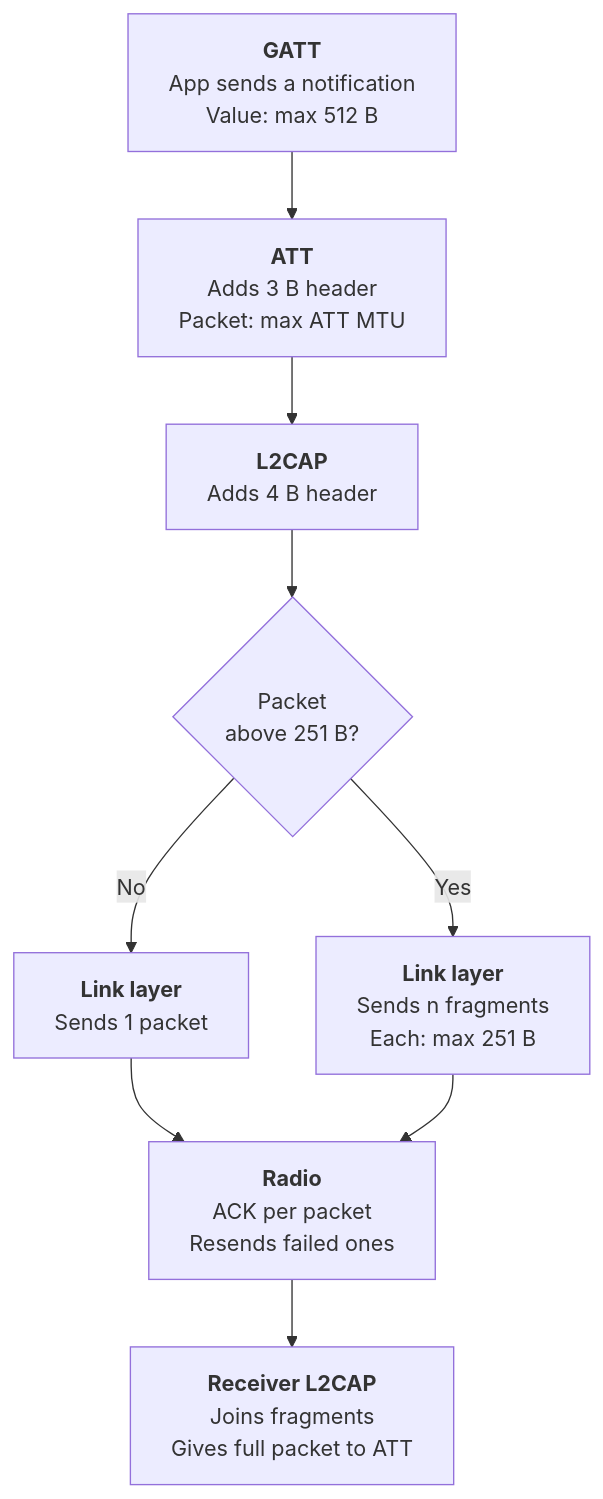
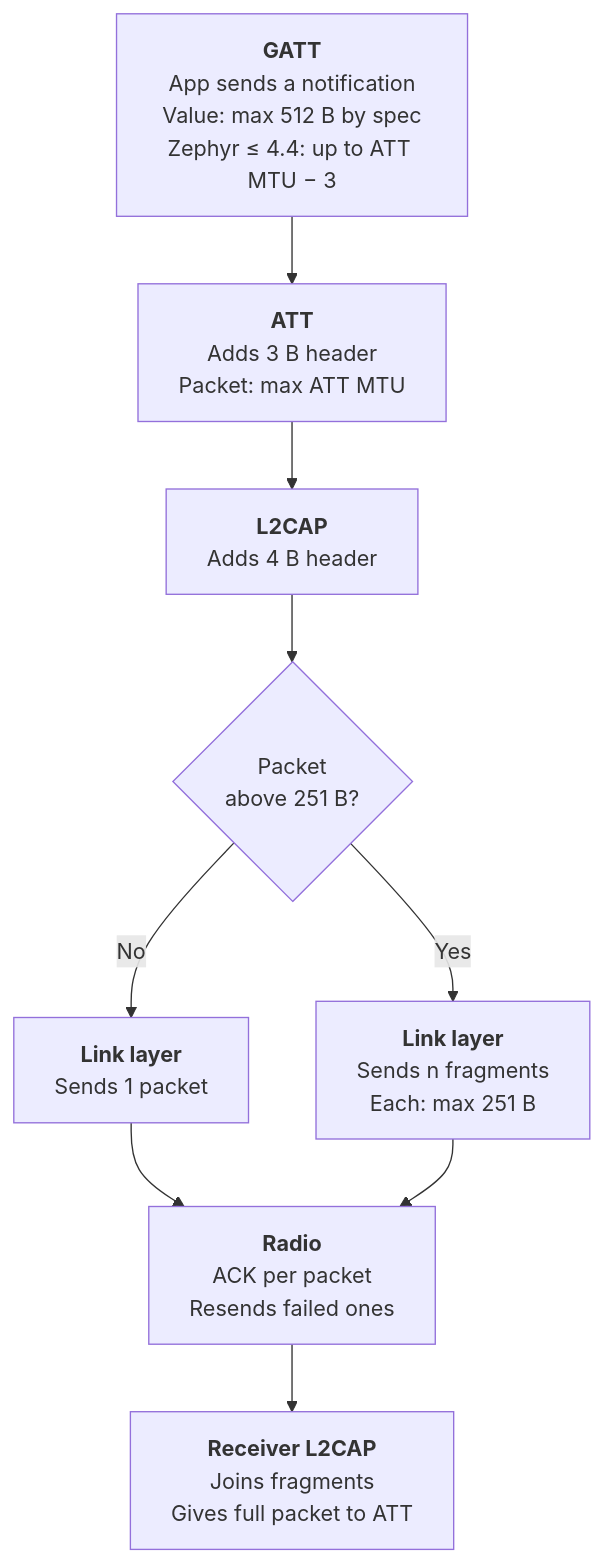
Before and after one commit to sourabhmisal/sourabhmisal.github.io: the diagram in content/learnings/ble-packet-sizes.md, drawn with Mermaid. The commit also changed 1 other file, not shown here.

Commit message:
Learnings: center flowcharts, show Zephyr value limit in GATT box
Claude-Session: https://claude.ai/code/session_013RKC8XgcoLKc4o1RVxLrhm

````diff
--- a/content/learnings/ble-packet-sizes.md
+++ b/content/learnings/ble-packet-sizes.md
@@ -12,11 +12,11 @@
 ```mermaid
 flowchart TD
-    A["<b>GATT</b><br/>App sends a notification<br/>Value: max 512 B"] --> B["<b>ATT</b><br/>Adds 3 B header<br/>Packet: max ATT MTU"]
+    A["<b>GATT</b><br/>App sends a notification<br/>Value: max 512 B by spec<br/>Zephyr ≤ 4.4: up to ATT MTU − 3"] --> B["<b>ATT</b><br/>Adds 3 B header<br/>Packet: max ATT MTU"]
     B --> E["<b>L2CAP</b><br/>Adds 4 B header"]
     E --> C{"Packet<br/>above 251 B?"}
     C -- No --> D["<b>Link layer</b><br/>Sends 1 packet"]
     C -- Yes --> F["<b>Link layer</b><br/>Sends n fragments<br/>Each: max 251 B"]
     D --> G["<b>Radio</b><br/>ACK per packet<br/>Resends failed ones"]
     F --> G
     G --> H["<b>Receiver L2CAP</b><br/>Joins fragments<br/>Gives full packet to ATT"]
 ```
````
